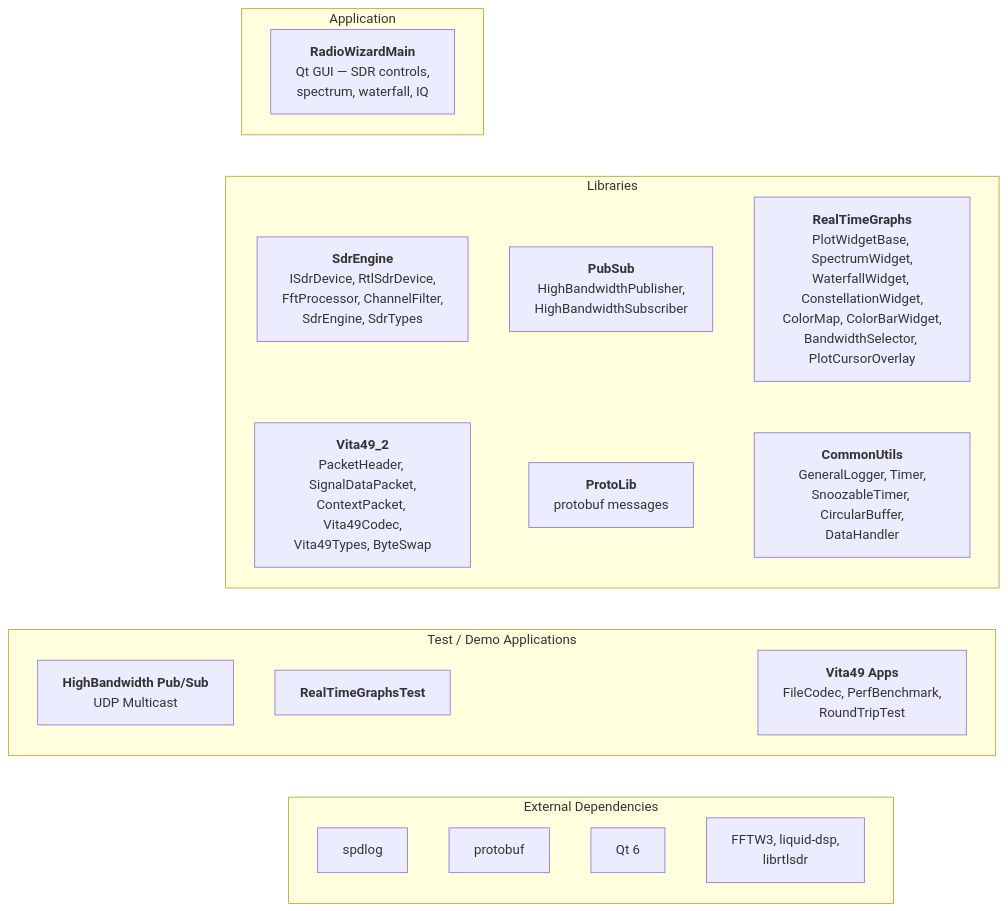
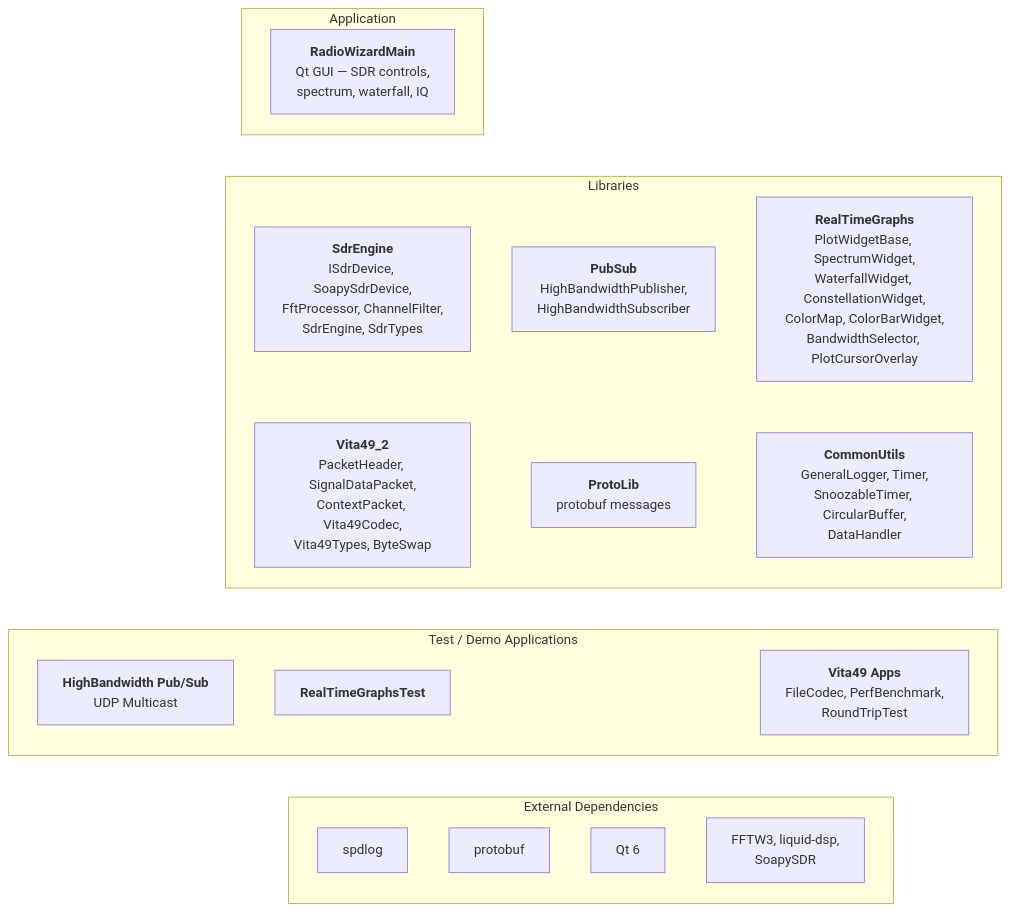
Before and after one commit to sfestenstein/RadioWizard: the diagram in docs/DESIGN.md, drawn with Mermaid. The commit also changed other lines of this file and 21 other files, not shown here.

Commit message:
Using Soapy SDR instead of individual drivers for each SDR Type

````diff
--- a/docs/DESIGN.md
+++ b/docs/DESIGN.md
@@ -13,39 +13,39 @@
 ```mermaid
 graph TD
    subgraph Application
       RWM["<b>RadioWizardMain</b><br/>Qt GUI — SDR controls,<br/>spectrum, waterfall, IQ"]
    end
 
    subgraph Libraries
-      SdrEngine["<b>SdrEngine</b><br/>ISdrDevice, RtlSdrDevice,<br/>FftProcessor, ChannelFilter,<br/>SdrEngine, SdrTypes"]
+      SdrEngine["<b>SdrEngine</b><br/>ISdrDevice, SoapySdrDevice,<br/>FftProcessor, ChannelFilter,<br/>SdrEngine, SdrTypes"]
       PubSub["<b>PubSub</b><br/>HighBandwidthPublisher,<br/>HighBandwidthSubscriber"]
       RTG["<b>RealTimeGraphs</b><br/>PlotWidgetBase, SpectrumWidget,<br/>WaterfallWidget, ConstellationWidget,<br/>ColorMap, ColorBarWidget,<br/>BandwidthSelector, PlotCursorOverlay"]
       Vita49["<b>Vita49_2</b><br/>PacketHeader, SignalDataPacket,<br/>ContextPacket, Vita49Codec,<br/>Vita49Types, ByteSwap"]
       PL["<b>ProtoLib</b><br/>protobuf messages"]
       CU["<b>CommonUtils</b><br/>GeneralLogger, Timer,<br/>SnoozableTimer, CircularBuffer,<br/>DataHandler"]
 
       %% Force layout
       SdrEngine ~~~ Vita49
       PubSub ~~~ PL
       RTG ~~~ CU
    end
 
    subgraph TestApps["Test / Demo Applications"]
       HB["<b>HighBandwidth Pub/Sub</b><br/>UDP Multicast"]
       RTT["<b>RealTimeGraphsTest</b>"]
       V49A["<b>Vita49 Apps</b><br/>FileCodec, PerfBenchmark,<br/>RoundTripTest"]
    end
 
    subgraph External["External Dependencies"]
       spdlog
       protobuf
       Qt6["Qt 6"]
-      FFTW3["FFTW3, liquid-dsp,<br/>librtlsdr"]
+      FFTW3["FFTW3, liquid-dsp,<br/>SoapySDR"]
    end
 
    %% Invisible edges to enforce vertical ordering
    RWM ~~~ SdrEngine
    Vita49 ~~~ RTT
    CU ~~~ V49A
    RTT ~~~ spdlog
 ```
````
